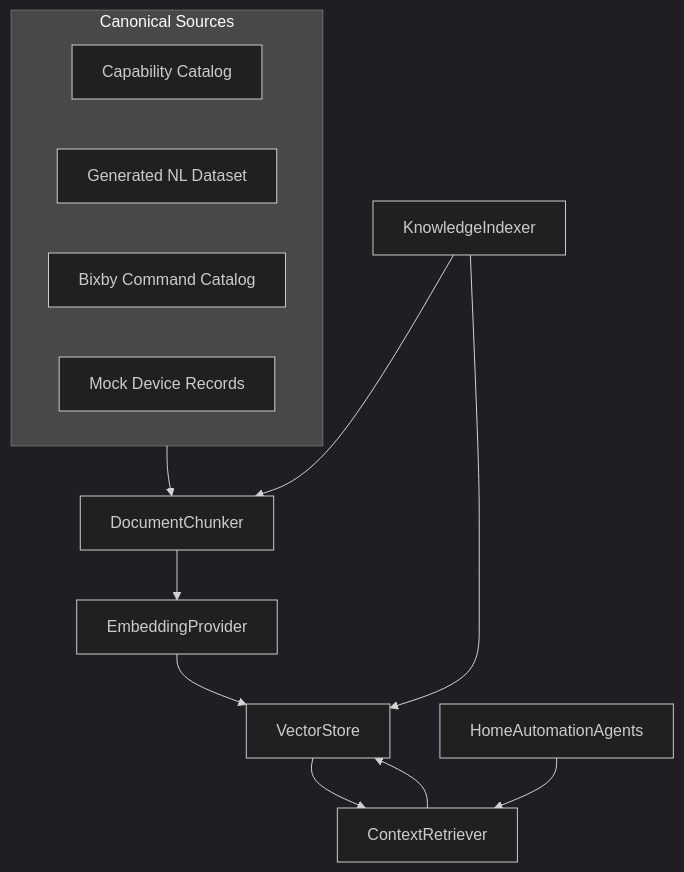
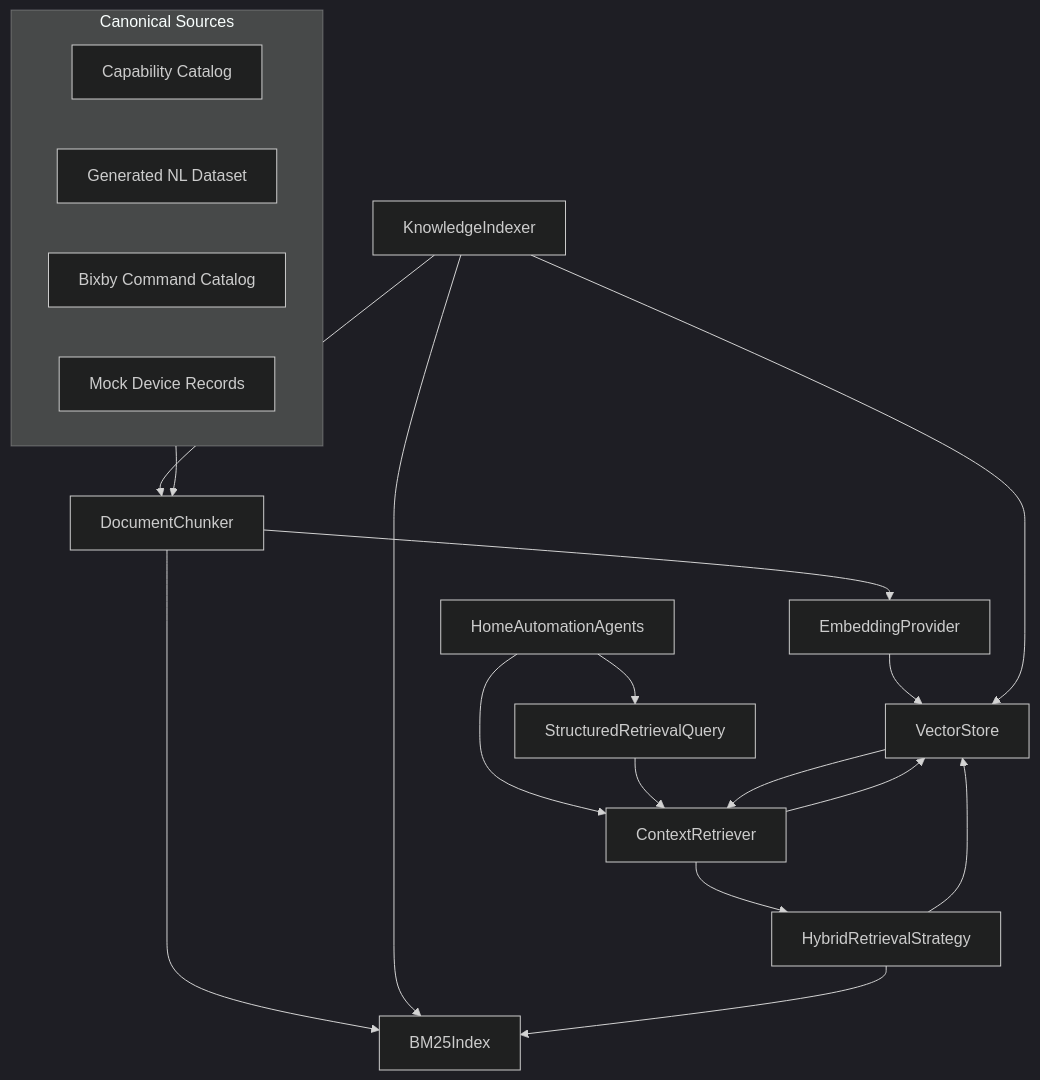
One commit to ksypinro/HomeAutomation changed the first of 3 diagrams in HomeAutomationCore/Sources/HomeAutomationRAG/README.md. Above: the diagram before and after it, drawn with Mermaid (dark theme). The commit also changed other lines of this file and 40 other files, not shown here.

````diff
--- a/HomeAutomationCore/Sources/HomeAutomationRAG/README.md
+++ b/HomeAutomationCore/Sources/HomeAutomationRAG/README.md
@@ -9,25 +9,35 @@
 ```mermaid
 flowchart TB
     subgraph Sources["Canonical Sources"]
         Capabilities["Capability Catalog"]
         Dataset["Generated NL Dataset"]
         Bixby["Bixby Command Catalog"]
         Devices["Mock Device Records"]
     end
 
     Chunker["DocumentChunker"]
     Embedder["EmbeddingProvider"]
     Store["VectorStore"]
+    BM25["BM25Index"]
+    Hybrid["HybridRetrievalStrategy"]
+    Structured["StructuredRetrievalQuery"]
     Indexer["KnowledgeIndexer"]
     Retriever["ContextRetriever"]
     Agents["HomeAutomationAgents"]
 
     Sources --> Chunker
     Chunker --> Embedder
     Embedder --> Store
+    Chunker --> BM25
     Indexer --> Chunker
     Indexer --> Store
+    Indexer --> BM25
     Agents --> Retriever
+    Agents --> Structured
+    Structured --> Retriever
     Retriever --> Store
+    Retriever --> Hybrid
+    Hybrid --> Store
+    Hybrid --> BM25
     Store --> Retriever
 ```
````
